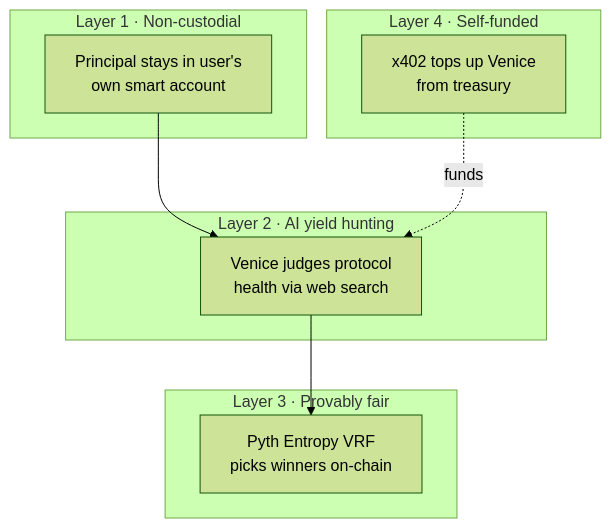
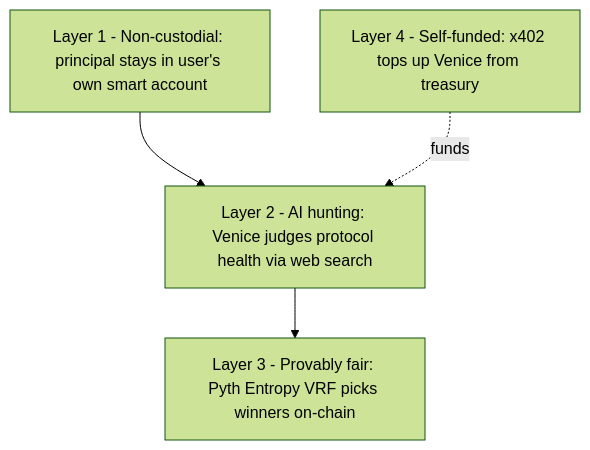
One commit to ClovaRepo/frontend changed the first of 2 diagrams in docs/overview.md. Above: the diagram before and after it, drawn with Mermaid (forest theme). The commit also changed other lines of this file and 8 other files, not shown here.

First line of the commit message:
docs: harden mermaid for GitBook renderer

````diff
--- a/docs/overview.md
+++ b/docs/overview.md
@@ -62,17 +62,9 @@
 ```mermaid
 flowchart TB
-  subgraph L1["Layer 1 · Non-custodial"]
-    A["Principal stays in user's<br/>own smart account"]
-  end
-  subgraph L2["Layer 2 · AI yield hunting"]
-    B["Venice judges protocol<br/>health via web search"]
-  end
-  subgraph L3["Layer 3 · Provably fair"]
-    C["Pyth Entropy VRF<br/>picks winners on-chain"]
-  end
-  subgraph L4["Layer 4 · Self-funded"]
-    D["x402 tops up Venice<br/>from treasury"]
-  end
+  A["Layer 1 - Non-custodial: principal stays in user's own smart account"]
+  B["Layer 2 - AI hunting: Venice judges protocol health via web search"]
+  C["Layer 3 - Provably fair: Pyth Entropy VRF picks winners on-chain"]
+  D["Layer 4 - Self-funded: x402 tops up Venice from treasury"]
   A --> B --> C
-  D -. funds .-> B
+  D -.->|funds| B
 ```
````
